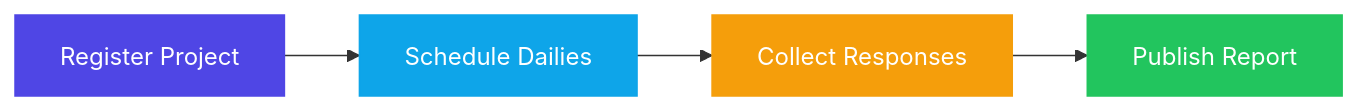
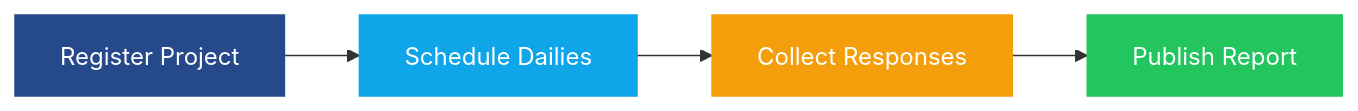
Before and after one commit to EduLoboM/BOMB: the first of 2 diagrams in README.md, drawn with Mermaid. The commit also changed other lines of this file, not shown here.

Commit message:
Docs(README): Updates readme mermaids and updates the project structure

````diff
--- a/README.md
+++ b/README.md
@@ -43,11 +44,11 @@
 ```mermaid
 flowchart LR
     A["Register Project"] --> B["Schedule Dailies"]
     B --> C["Collect Responses"]
     C --> D["Publish Report"]
 
-    style A fill:#4f46e5,stroke:#4f46e5,color:#fff
+    style A fill:#25498a,stroke:#25498a,color:#fff
     style B fill:#0ea5e9,stroke:#0ea5e9,color:#fff
     style C fill:#f59e0b,stroke:#f59e0b,color:#fff
     style D fill:#22c55e,stroke:#22c55e,color:#fff
 ```
````
